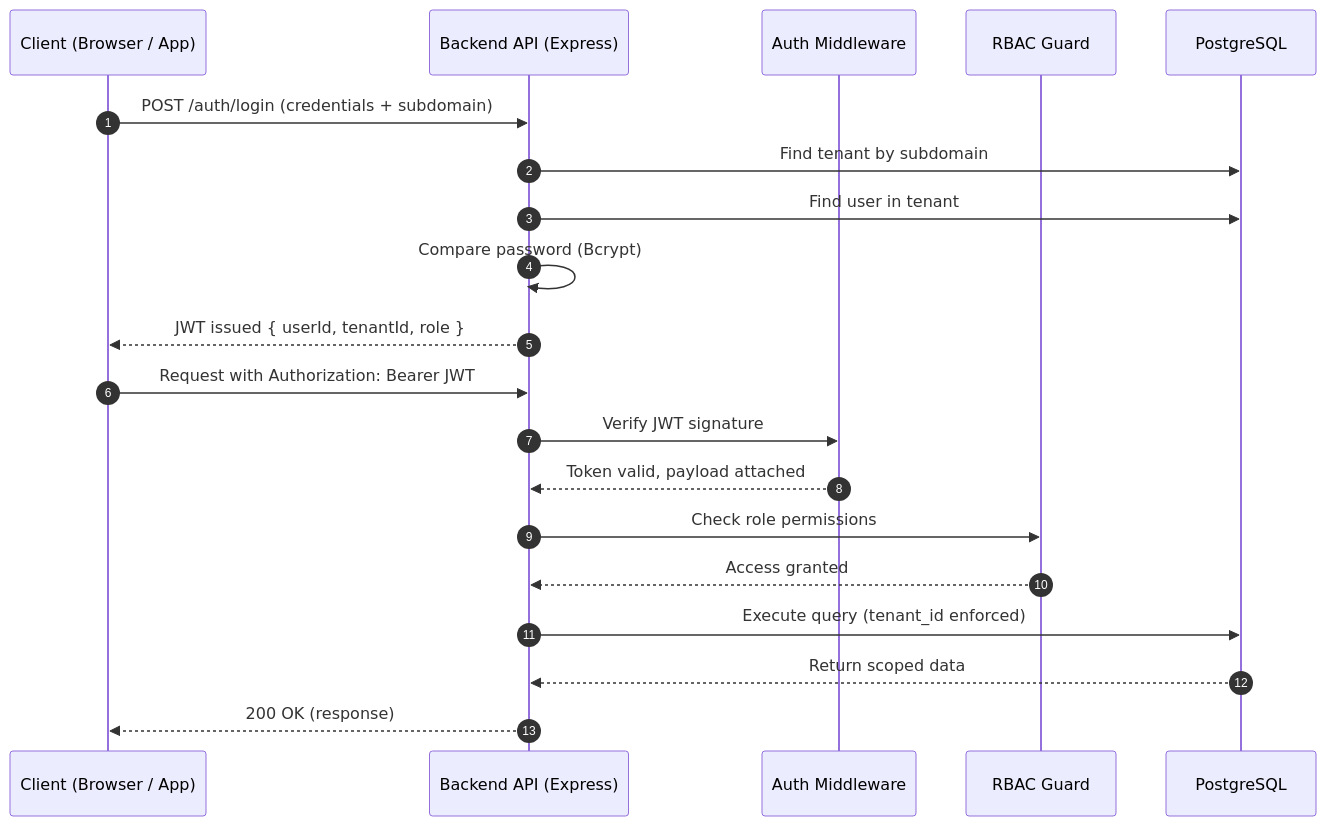
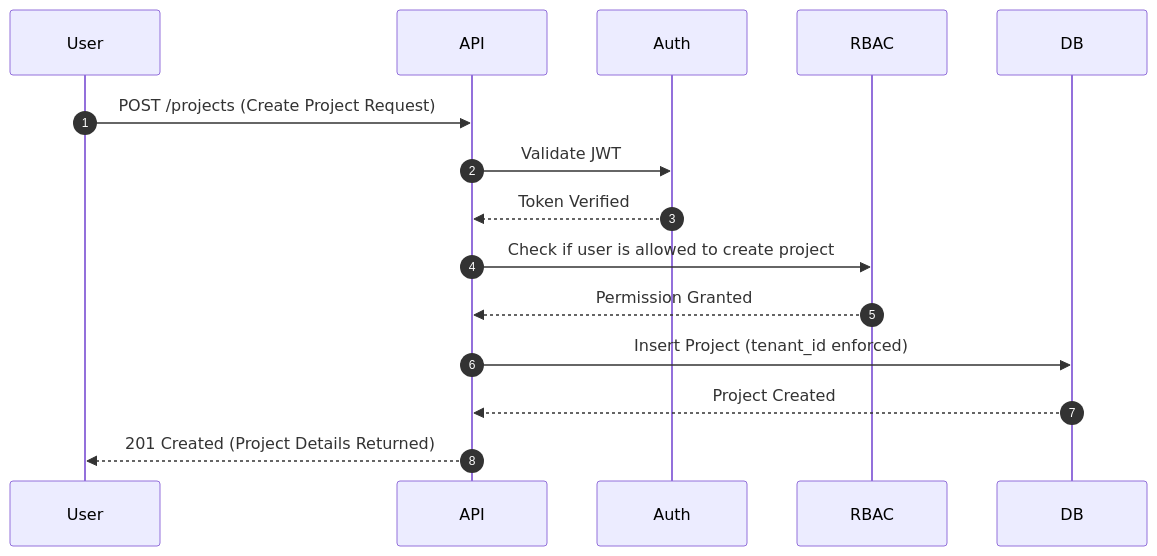
The diagram in docs/research.md (sudheerimmidisetti/Multi-Tenant-SaaS-Platform), drawn with Mermaid before and after one commit. The commit also changed other lines of this file, not shown here.

````diff
--- a/docs/research.md
+++ b/docs/research.md
@@ -278,27 +283,21 @@
 ```mermaid
 sequenceDiagram
     autonumber
-    participant User as Client (Browser / App)
-    participant API as Backend API (Express)
-    participant Auth as Auth Middleware
-    participant RBAC as RBAC Guard
-    participant DB as PostgreSQL
+    participant User
+    participant API
+    participant Auth
+    participant RBAC
+    participant DB
 
-    User->>API: POST /auth/login (credentials + subdomain)
-    API->>DB: Find tenant by subdomain
-    API->>DB: Find user in tenant
-    API->>API: Compare password (Bcrypt)
+    User->>API: POST /projects (Create Project Request)
+    API->>Auth: Validate JWT
+    Auth-->>API: Token Verified
 
-    API-->>User: JWT issued { userId, tenantId, role }
+    API->>RBAC: Check if user is allowed to create project
+    RBAC-->>API: Permission Granted
 
-    User->>API: Request with Authorization: Bearer JWT
-    API->>Auth: Verify JWT signature
-    Auth-->>API: Token valid, payload attached
+    API->>DB: Insert Project (tenant_id enforced)
+    DB-->>API: Project Created
 
-    API->>RBAC: Check role permissions
-    RBAC-->>API: Access granted
-
-    API->>DB: Execute query (tenant_id enforced)
-    DB-->>API: Return scoped data
-    API-->>User: 200 OK (response)
+    API-->>User: 201 Created (Project Details Returned)
 ```
````
